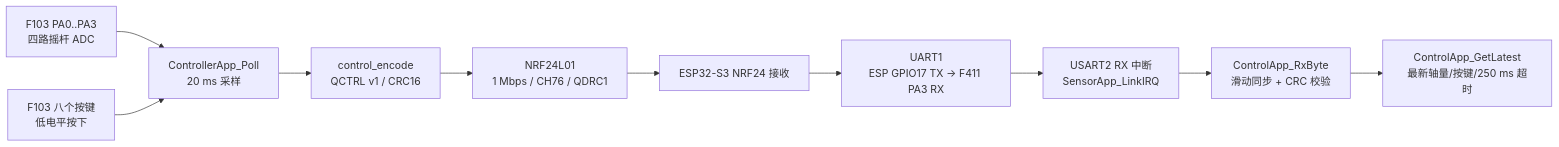
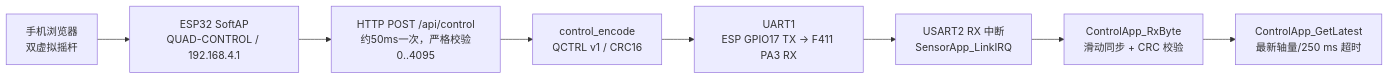
Before and after one commit to Killvinrie/quad: diagram 16 of 16 in software/docs/PROGRAM_FLOW.md, drawn with Mermaid. The commit also changed other lines of this file and 18 other files, not shown here.

Commit message:
abort controller and use mobilephone instead to sen control instruction to esp32

````diff
--- a/software/docs/PROGRAM_FLOW.md
+++ b/software/docs/PROGRAM_FLOW.md
@@ -540,12 +540,10 @@
 ```mermaid
 flowchart LR
-    A["F103 PA0..PA3<br/>四路摇杆 ADC"] --> B["ControllerApp_Poll<br/>20 ms 采样"]
-    K["F103 八个按键<br/>低电平按下"] --> B
-    B --> C["control_encode<br/>QCTRL v1 / CRC16"]
-    C --> D["NRF24L01<br/>1 Mbps / CH76 / QDRC1"]
-    D --> E["ESP32-S3 NRF24 接收"]
-    E --> F["UART1<br/>ESP GPIO17 TX → F411 PA3 RX"]
+    A["手机浏览器<br/>双虚拟摇杆"] --> B["ESP32 SoftAP<br/>QUAD-CONTROL / 192.168.4.1"]
+    B --> C["HTTP POST /api/control<br/>约50ms一次，严格校验0..4095"]
+    C --> D["control_encode<br/>QCTRL v1 / CRC16"]
+    D --> F["UART1<br/>ESP GPIO17 TX → F411 PA3 RX"]
     F --> G["USART2 RX 中断<br/>SensorApp_LinkIRQ"]
     G --> H["ControlApp_RxByte<br/>滑动同步 + CRC 校验"]
-    H --> I["ControlApp_GetLatest<br/>最新轴量/按键/250 ms 超时"]
+    H --> I["ControlApp_GetLatest<br/>最新轴量/250 ms 超时"]
 ```
````
